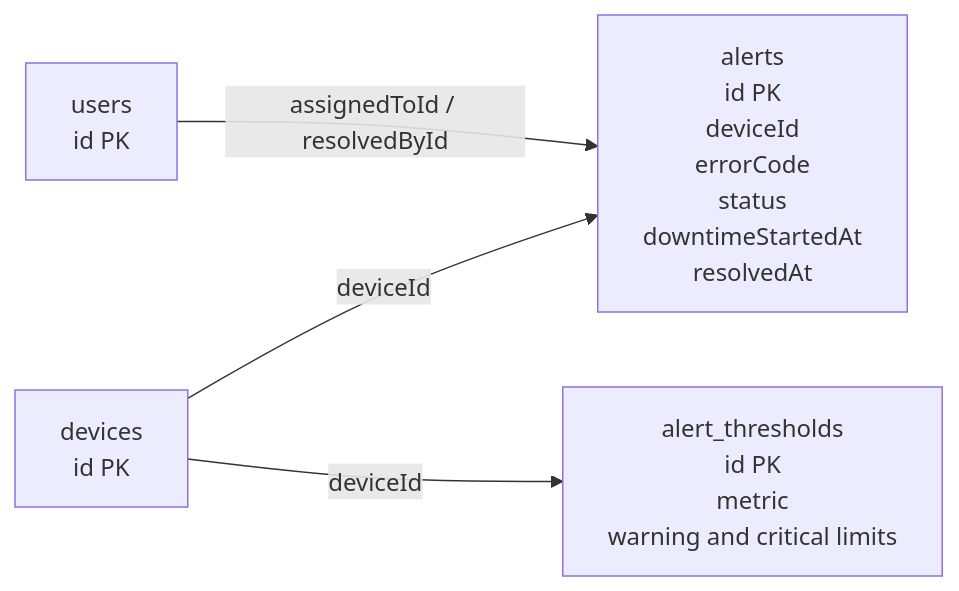
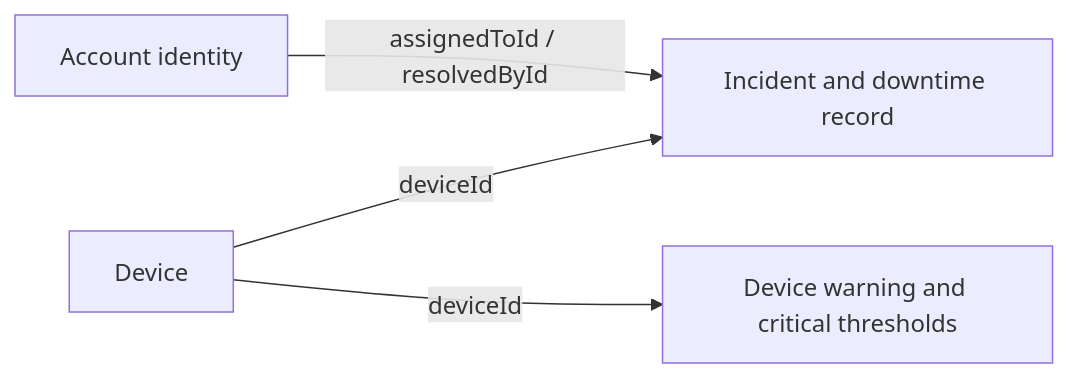
Before and after one commit to DruHustle/portfolio: the second of 2 diagrams in client/public/docs/smartfactoryiot/database-schema.md, drawn with Mermaid. The commit also changed 78 other files, not shown here.

````diff
--- a/client/public/docs/smartfactoryiot/database-schema.md
+++ b/client/public/docs/smartfactoryiot/database-schema.md
@@ -82,6 +82,6 @@
 ```mermaid
 flowchart LR
-  Users[users<br/>id PK] -->|assignedToId / resolvedById| Alerts[alerts<br/>id PK<br/>deviceId<br/>errorCode<br/>status<br/>downtimeStartedAt<br/>resolvedAt]
-  Devices[devices<br/>id PK] -->|deviceId| Alerts
-  Devices -->|deviceId| Thresholds[alert_thresholds<br/>id PK<br/>metric<br/>warning and critical limits]
+  Users[Account identity] -->|assignedToId / resolvedById| Alerts[Incident and downtime record]
+  Devices[Device] -->|deviceId| Alerts
+  Devices -->|deviceId| Thresholds[Device warning and critical thresholds]
 ```
````
